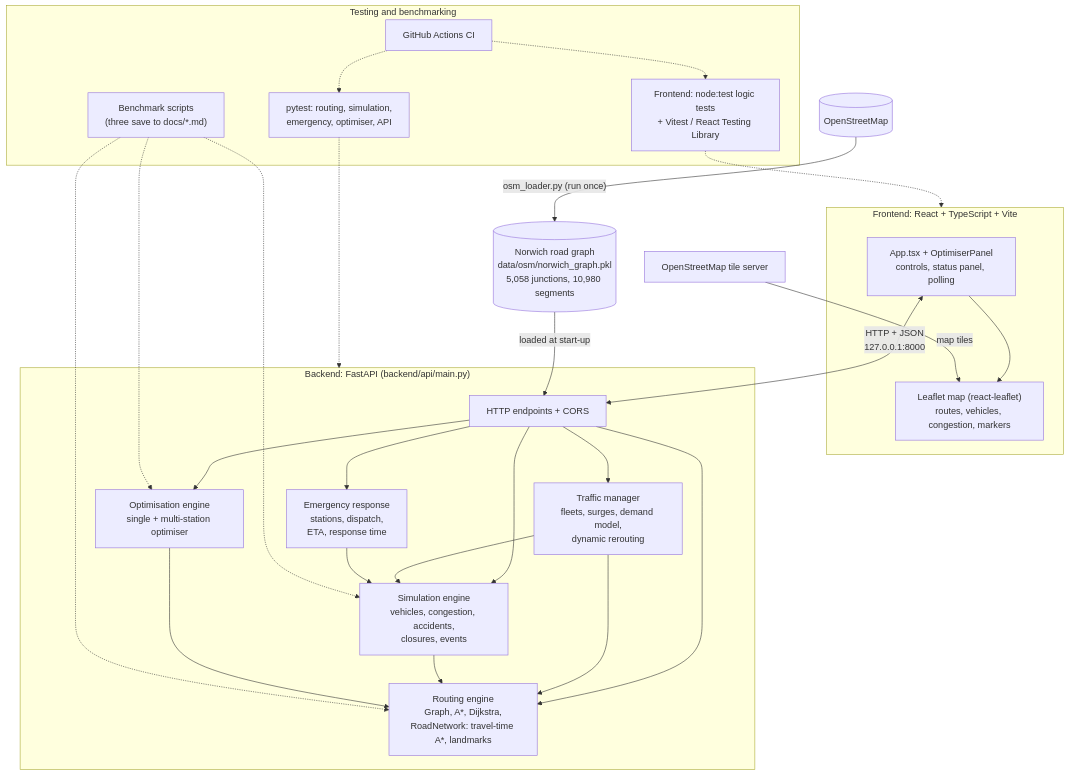
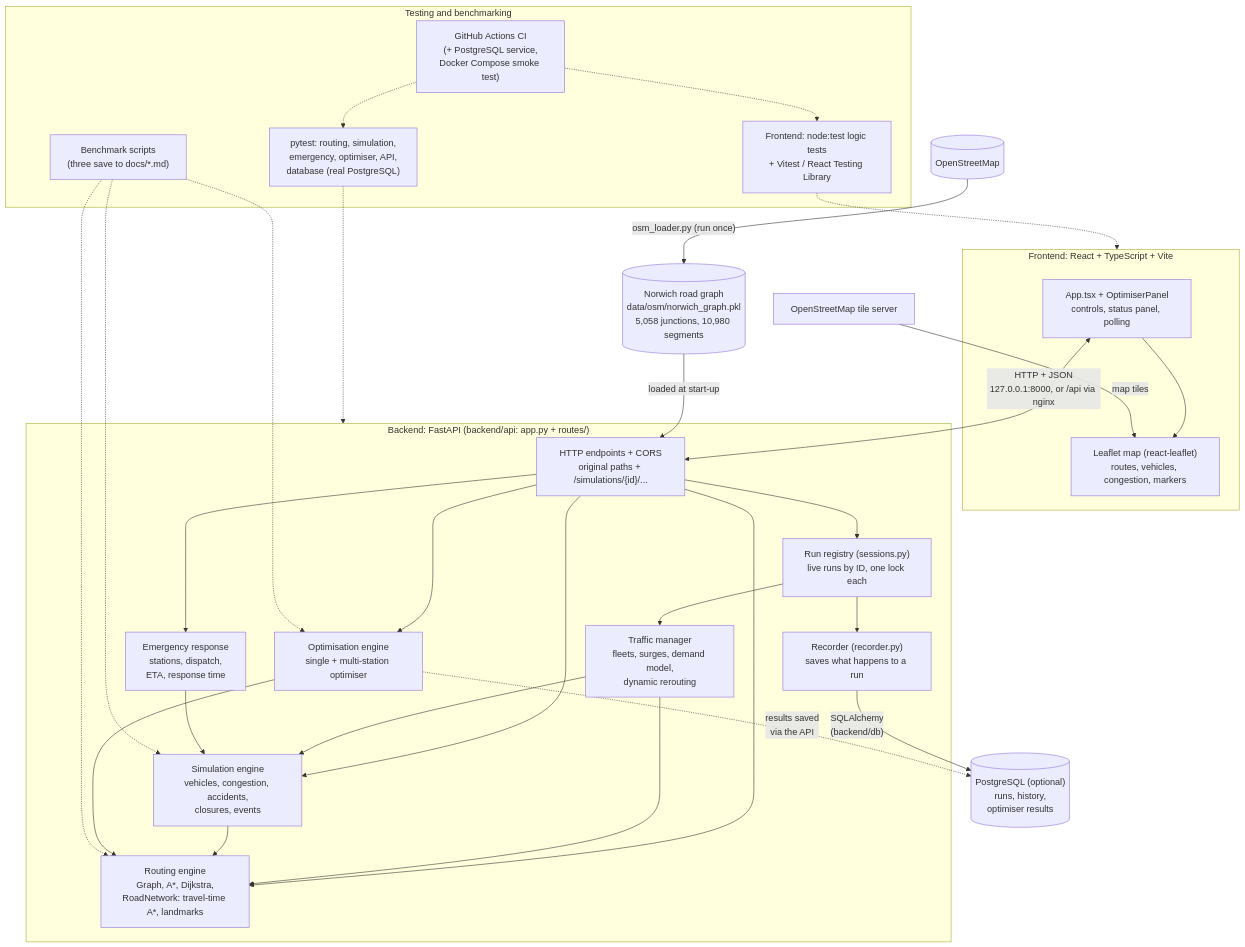
The first of 2 diagrams in docs/ARCHITECTURE.md (samiaa10/urban-traffic-sim), drawn with Mermaid before and after one commit. The commit also changed other lines of this file and 4 other files, not shown here.

````diff
--- a/docs/ARCHITECTURE.md
+++ b/docs/ARCHITECTURE.md
@@ -12,48 +15,55 @@
 ```mermaid
 flowchart TB
     OSM[(OpenStreetMap)] -->|"osm_loader.py (run once)"| PKL[("Norwich road graph<br/>data/osm/norwich_graph.pkl<br/>5,058 junctions, 10,980 segments")]
 
     subgraph FE["Frontend: React + TypeScript + Vite"]
         APP["App.tsx + OptimiserPanel<br/>controls, status panel, polling"]
         MAP["Leaflet map (react-leaflet)<br/>routes, vehicles, congestion, markers"]
         APP --> MAP
     end
 
-    subgraph BE["Backend: FastAPI (backend/api/main.py)"]
-        API["HTTP endpoints + CORS"]
+    subgraph BE["Backend: FastAPI (backend/api: app.py + routes/)"]
+        API["HTTP endpoints + CORS<br/>original paths + /simulations/{id}/..."]
+        REG["Run registry (sessions.py)<br/>live runs by ID, one lock each"]
+        REC["Recorder (recorder.py)<br/>saves what happens to a run"]
         ROUTING["Routing engine<br/>Graph, A*, Dijkstra,<br/>RoadNetwork: travel-time A*, landmarks"]
         SIM["Simulation engine<br/>vehicles, congestion, accidents,<br/>closures, events"]
         TM["Traffic manager<br/>fleets, surges, demand model,<br/>dynamic rerouting"]
         EMER["Emergency response<br/>stations, dispatch,<br/>ETA, response time"]
         OPT["Optimisation engine<br/>single + multi-station optimiser"]
-        API --> TM
+        API --> REG
+        REG --> TM
+        REG --> REC
         API --> SIM
         API --> ROUTING
         API --> EMER
         API --> OPT
         TM --> SIM
         TM --> ROUTING
         SIM --> ROUTING
         EMER --> SIM
         OPT --> ROUTING
     end
 
     PKL -->|"loaded at start-up"| API
-    APP <-->|"HTTP + JSON<br/>127.0.0.1:8000"| API
+    PG[("PostgreSQL (optional)<br/>runs, history,<br/>optimiser results")]
+    REC -->|"SQLAlchemy<br/>(backend/db)"| PG
+    OPT -.->|"results saved<br/>via the API"| PG
+    APP <-->|"HTTP + JSON<br/>127.0.0.1:8000, or /api via nginx"| API
     TILES[OpenStreetMap tile server] -->|map tiles| MAP
 
     subgraph QA["Testing and benchmarking"]
-        PYT["pytest: routing, simulation,<br/>emergency, optimiser, API"]
+        PYT["pytest: routing, simulation,<br/>emergency, optimiser, API,<br/>database (real PostgreSQL)"]
         BEN["Benchmark scripts<br/>(three save to docs/*.md)"]
         FET["Frontend: node:test logic tests<br/>+ Vitest / React Testing Library"]
-        CI["GitHub Actions CI"]
+        CI["GitHub Actions CI<br/>(+ PostgreSQL service,<br/>Docker Compose smoke test)"]
     end
 
     PYT -.-> BE
     BEN -.-> ROUTING
     BEN -.-> SIM
     BEN -.-> OPT
     FET -.-> FE
     CI -.-> PYT
     CI -.-> FET
 ```
````
